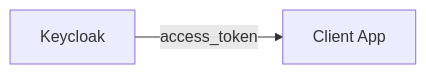
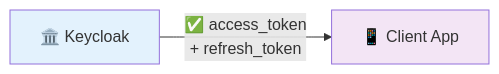
Before and after one commit to lele-maxwell/adorsys-gis-blog3: the third of 5 diagrams in docs/blog/direct-access-grant/slides.md, drawn with Mermaid. The commit also changed other lines of this file, not shown here.

Commit message:
Fix slides.md file to have a better explanation of what the process and what it does and correct explanation of the Direct grant flow

````diff
--- a/docs/blog/direct-access-grant/slides.md
+++ b/docs/blog/direct-access-grant/slides.md
@@ -84,4 +97,7 @@
 ```mermaid
-graph LR
-    A[Keycloak] -->|access_token| B[Client App]
+flowchart LR
+    A[🏛️ Keycloak] -->|"✅ access_token<br/>+ refresh_token"| B[📱 Client App]
+    
+    style A fill:#e3f2fd
+    style B fill:#f3e5f5
 ```
````
